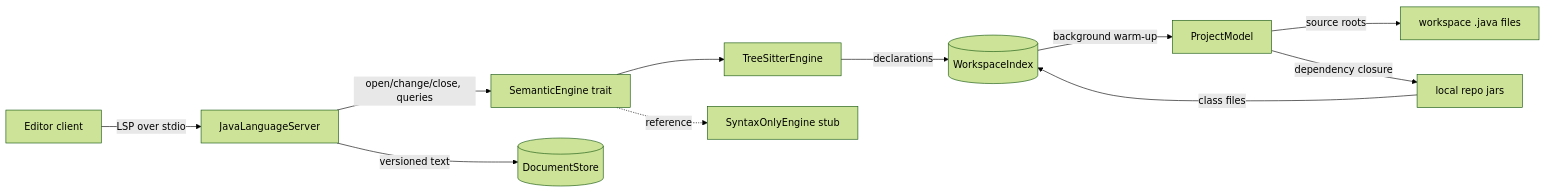
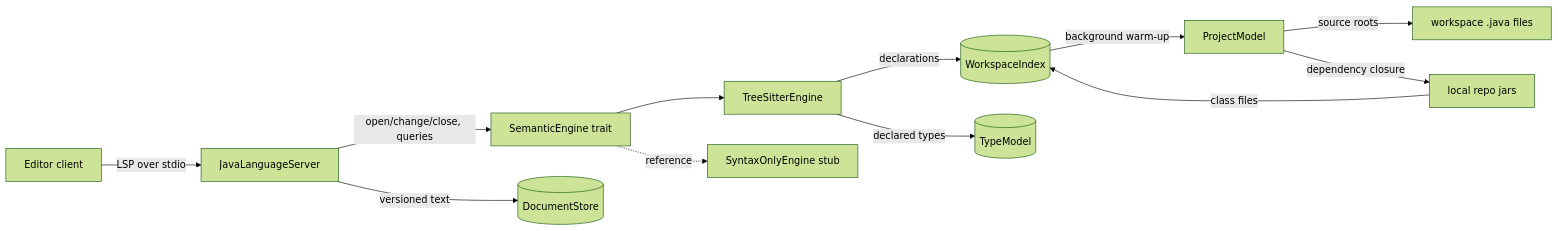
One commit to reenigneEsrever92/java-lsp changed the diagram in docs/architecture.md. Above: the diagram before and after it, drawn with Mermaid (forest theme). The commit also changed other lines of this file and 23 other files, not shown here.

````diff
--- a/docs/architecture.md
+++ b/docs/architecture.md
@@ -42,13 +44,14 @@
 ```mermaid
 graph LR
     C[Editor client] -- LSP over stdio --> S[JavaLanguageServer]
     S -- open/change/close, queries --> E[SemanticEngine trait]
     E --> TS[TreeSitterEngine]
     TS -- declarations --> WI[(WorkspaceIndex)]
+    TS -- declared types --> TL[(TypeModel)]
     WI -- background warm-up --> P[ProjectModel]
     P -- source roots --> WS[workspace .java files]
     P -- dependency closure --> JV[local repo jars]
     JV -- class files --> WI
     E -. reference .-> SO[SyntaxOnlyEngine stub]
     S -- versioned text --> D[(DocumentStore)]
 ```
````
